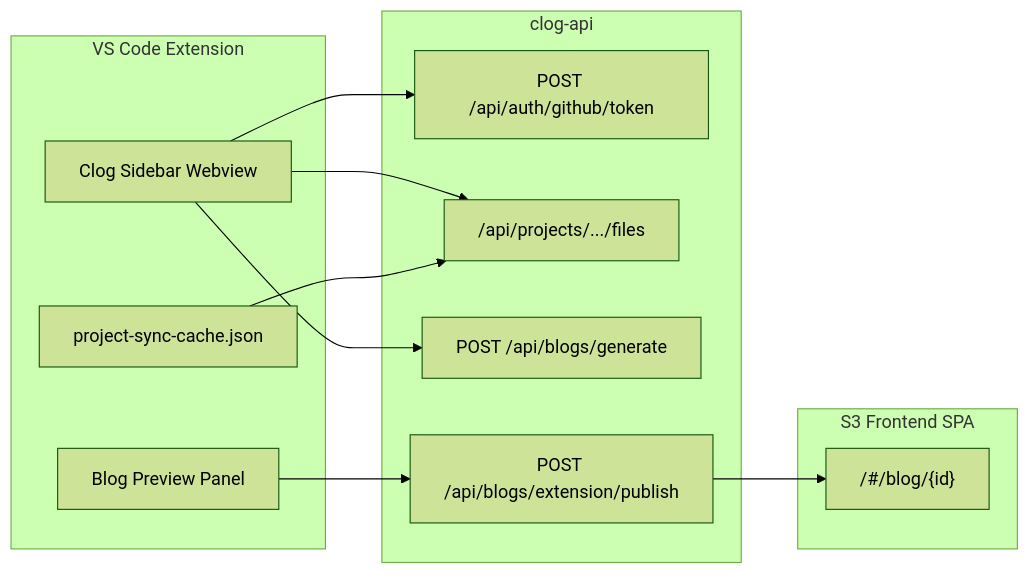
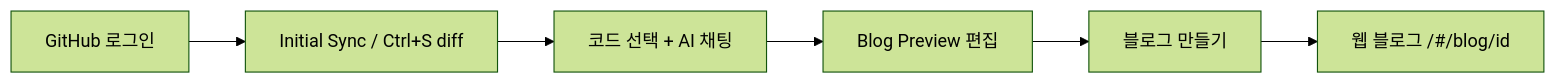
Before and after one commit to KONKUK-CLOG/front-repo-extension: the diagram in README.md, drawn with Mermaid (forest theme). The commit also changed other lines of this file and 4 other files, not shown here.

````diff
--- a/README.md
+++ b/README.md
@@ -49,26 +94,11 @@
 ```mermaid
 flowchart LR
-  subgraph vscode [VS Code Extension]
-    Sidebar[Clog Sidebar Webview]
-    Preview[Blog Preview Panel]
-    Cache[project-sync-cache.json]
-  end
+  Login[GitHub 로그인]
+  Sync[Initial Sync / Ctrl+S diff]
+  Chat[코드 선택 + AI 채팅]
+  Preview[Blog Preview 편집]
+  Publish[블로그 만들기]
+  Web["웹 블로그 /#/blog/id"]
 
-  subgraph api [clog-api]
-    Auth["POST /api/auth/github/token"]
-    Projects["/api/projects/.../files"]
-    SSE["POST /api/blogs/generate"]
-    Publish["POST /api/blogs/extension/publish"]
-  end
-
-  subgraph front [S3 Frontend SPA]
-    BlogPage["/#/blog/{id}"]
-  end
-
-  Sidebar --> Auth
-  Sidebar --> Projects
-  Sidebar --> SSE
-  Preview --> Publish
-  Cache --> Projects
-  Publish --> BlogPage
+  Login --> Sync --> Chat --> Preview --> Publish --> Web
 ```
````
